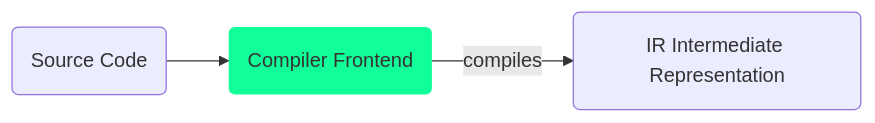
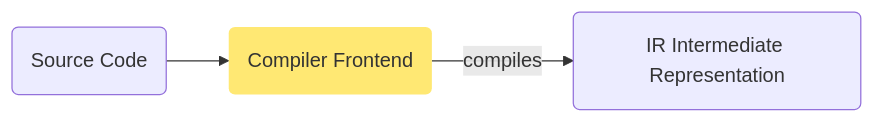
One commit to avimehenwal/python.avimehenwal changed the third of 10 diagrams in docs/Tutorials/07_compiler.md. Above: the diagram before and after it, drawn with Mermaid. The commit also changed other lines of this file and 14 other files, not shown here.

````diff
--- a/docs/Tutorials/07_compiler.md
+++ b/docs/Tutorials/07_compiler.md
@@ -112,10 +113,8 @@
 ```mermaid
 graph LR
-C(Compiler Frontend):::green
+C(Compiler Frontend):::yellow
 S(Source Code)
 I(IR Intermediate Representation)
-
 S --> C -- compiles --> I
-
-classDef green fill:#1f9,stroke-width:0px;
+classDef yellow fill:#FFE873,stroke-width:0px;
 ```
````
